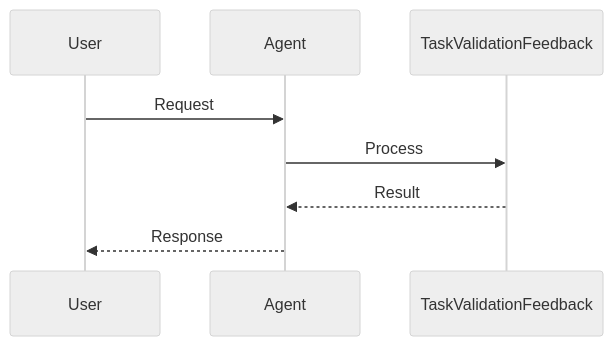
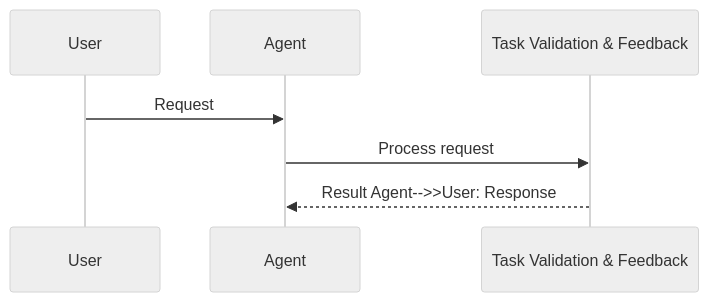
Before and after one commit to MervinPraison/PraisonAIDocs: the second of 2 diagrams in docs/features/task-validation-feedback.mdx, drawn with Mermaid (neutral theme). The commit also changed 204 other files, not shown here.

First line of the commit message:
docs: align feature/tool pages with AGENTS.md hero, sequence, and import standards (#1777)

````diff
--- a/docs/features/task-validation-feedback.mdx
+++ b/docs/features/task-validation-feedback.mdx
@@ -61,11 +61,10 @@
 ```mermaid
 sequenceDiagram
     participant User
     participant Agent
-    participant TaskValidationFeedback
+    participant Feature as Task Validation & Feedback
 
     User->>Agent: Request
-    Agent->>TaskValidationFeedback: Process
-    TaskValidationFeedback-->>Agent: Result
-    Agent-->>User: Response
+    Agent->>Feature: Process request
+    Feature-->>Agent: Result    Agent-->>User: Response
 ```
````
